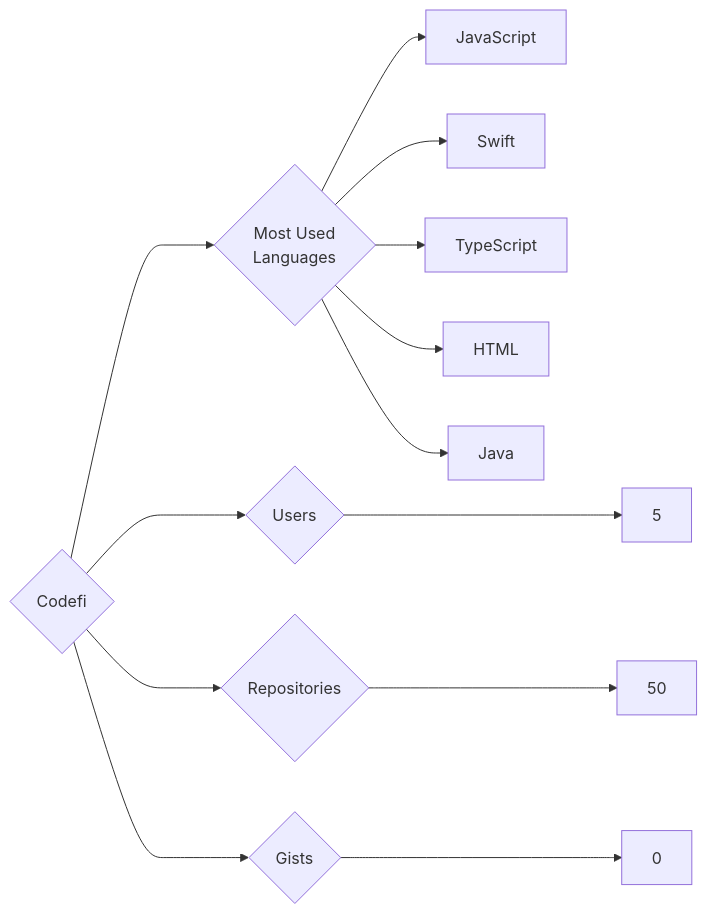
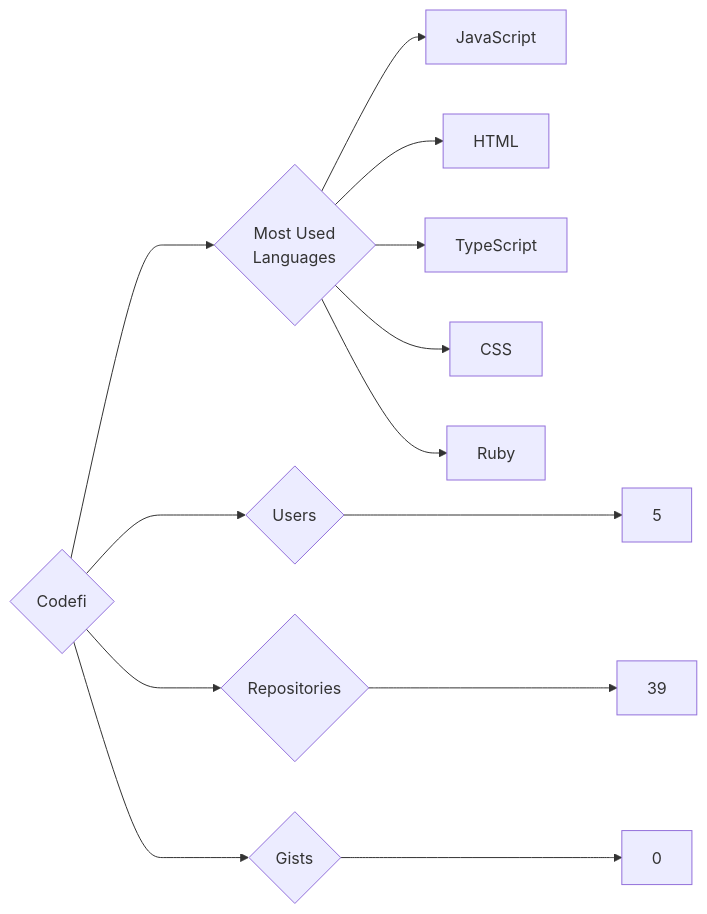
The diagram in targets/Codefi/README.md (trickest/insiders), drawn with Mermaid before and after one commit. The commit also changed 814 other files, not shown here.

````diff
--- a/targets/Codefi/README.md
+++ b/targets/Codefi/README.md
@@ -3,13 +3,13 @@
 ```mermaid
 graph LR
 COMPANY_NAME{Codefi}
 COMPANY_NAME ---> U{Users} ---> UN[5]
-COMPANY_NAME ---> R{Repositories} ---> RN[50]
+COMPANY_NAME ---> R{Repositories} ---> RN[39]
 COMPANY_NAME ---> G{Gists} ---> GN[0]
 COMPANY_NAME ---> ML{Most Used<br>Languages}
 ML --> JavaScript[JavaScript]
-ML --> Swift[Swift]
+ML --> HTML[HTML]
 ML --> TypeScript[TypeScript]
-ML --> HTML[HTML]
-ML --> Java[Java]
+ML --> CSS[CSS]
+ML --> Ruby[Ruby]
 ```
````
